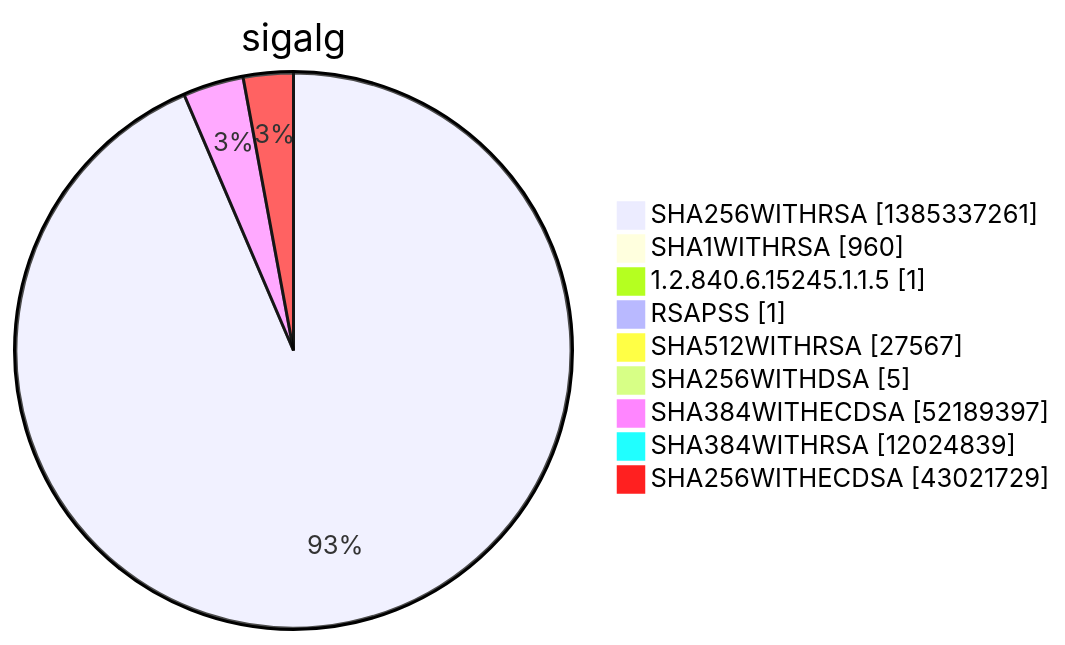
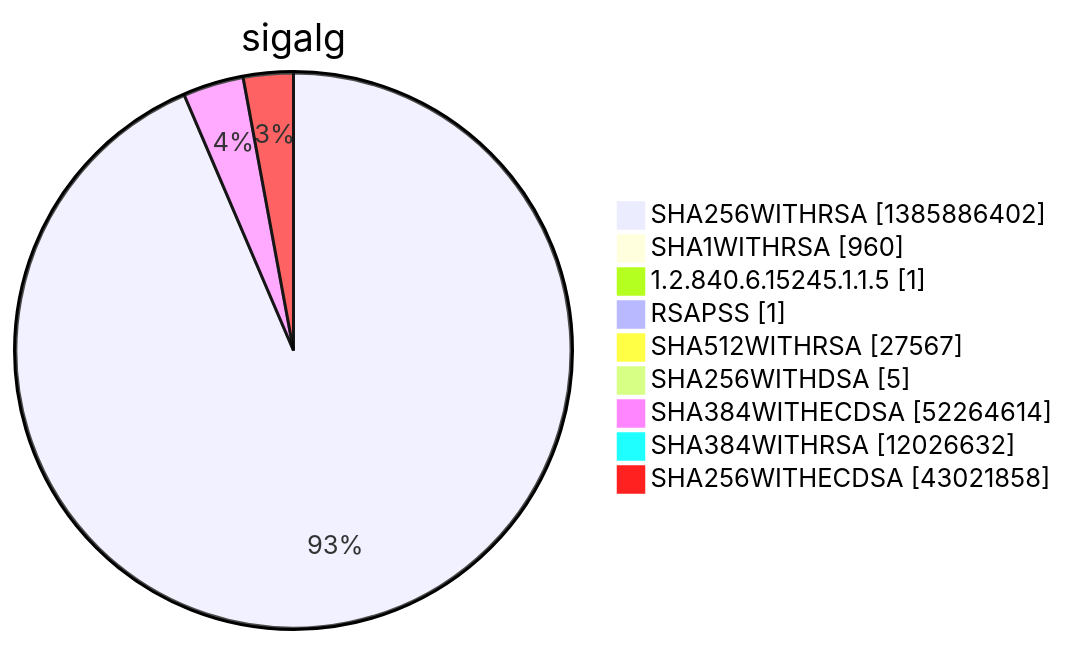
Diagram 15 of 15 in argon2022/README.md (christiankrug/ctmonitor_visualization), drawn with Mermaid before and after one commit. The commit also changed other lines of this file, not shown here.

````diff
--- a/argon2022/README.md
+++ b/argon2022/README.md
@@ -5524,13 +5524,13 @@
 ```mermaid
 pie showData
 title sigalg
-"SHA256WITHRSA" :1385337261
+"SHA256WITHRSA" :1385886402
 "SHA1WITHRSA" :960
 "1.2.840.6.15245.1.1.5" :1
 "RSAPSS" :1
 "SHA512WITHRSA" :27567
 "SHA256WITHDSA" :5
-"SHA384WITHECDSA" :52189397
-"SHA384WITHRSA" :12024839
-"SHA256WITHECDSA" :43021729
+"SHA384WITHECDSA" :52264614
+"SHA384WITHRSA" :12026632
+"SHA256WITHECDSA" :43021858
 ```
````
